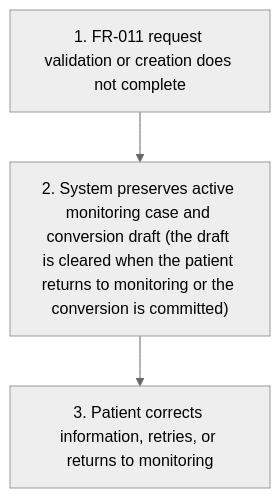
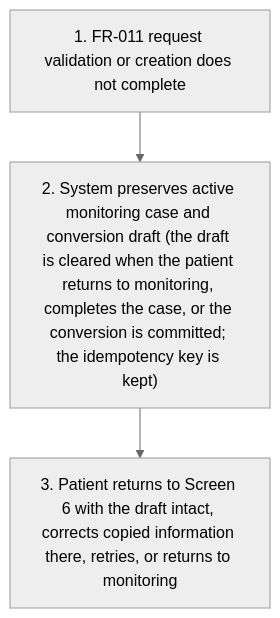
Before and after one commit to joachimtrungtuan/hairline-pm-docs: the sixth of 6 diagrams in project-requirements/functional-requirements/fr038-monitor-transplant-progress/prd.md, drawn with Mermaid (neutral theme). The commit also changed other lines of this file and 6 other files, not shown here.

Commit message:
docs(fr038): apply logic review pass 2 fixes to PRD and graph

````diff
--- a/project-requirements/functional-requirements/fr038-monitor-transplant-progress/prd.md
+++ b/project-requirements/functional-requirements/fr038-monitor-transplant-progress/prd.md
@@ -166,5 +167,5 @@
 ```mermaid
 flowchart TD
-    B2S1["1. FR-011 request validation or creation does not complete"] --> B2S2["2. System preserves active monitoring case and conversion draft (the draft is cleared when the patient returns to monitoring or the conversion is committed)"]
-    B2S2 --> B2S3["3. Patient corrects information, retries, or returns to monitoring"]
+    B2S1["1. FR-011 request validation or creation does not complete"] --> B2S2["2. System preserves active monitoring case and conversion draft (the draft is cleared when the patient returns to monitoring, completes the case, or the conversion is committed; the idempotency key is kept)"]
+    B2S2 --> B2S3["3. Patient returns to Screen 6 with the draft intact, corrects copied information there, retries, or returns to monitoring"]
 ```
````
